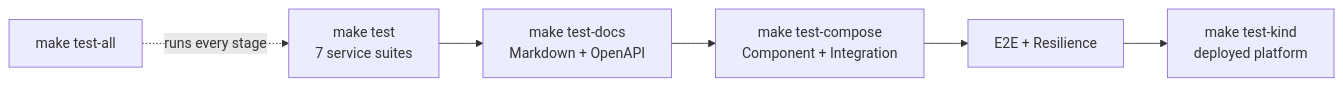
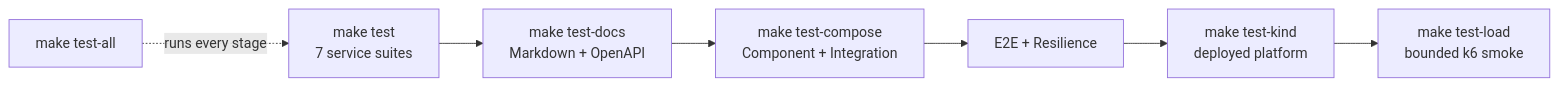
Before and after one commit to ifdancoder/pet-payment-billing-platform: the second of 2 diagrams in README.md, drawn with Mermaid. The commit also changed other lines of this file and 14 other files, not shown here.

````diff
--- a/README.md
+++ b/README.md
@@ -245,8 +248,9 @@
 ```mermaid
 flowchart LR
     A[make test<br/>7 service suites] --> B[make test-docs<br/>Markdown + OpenAPI]
     B --> C[make test-compose<br/>Component + Integration]
     C --> D[E2E + Resilience]
     D --> E[make test-kind<br/>deployed platform]
+    E --> F[make test-load<br/>bounded k6 smoke]
     All[make test-all] -. runs every stage .-> A
 ```
````
